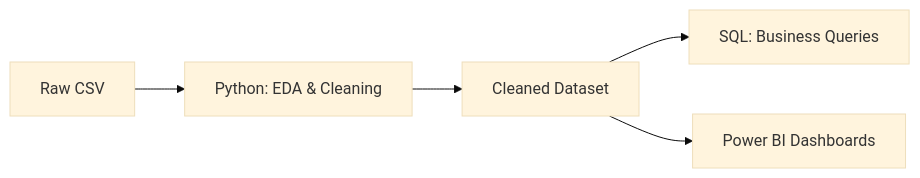
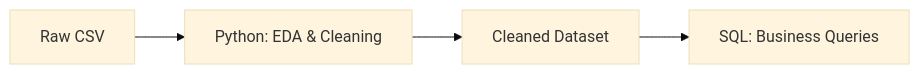
One commit to D1mZografos/airline-flights-analysis changed the diagram in README.md. Above: the diagram before and after it, drawn with Mermaid (base theme). The commit also changed other lines of this file, not shown here.

````diff
--- a/README.md
+++ b/README.md
@@ -62,7 +61,6 @@
 ```mermaid
 graph LR
   A[Raw CSV] --> B[Python: EDA & Cleaning]
   B --> C[Cleaned Dataset]
   C --> D[SQL: Business Queries]
-  C --> E[Power BI Dashboards]
 ```
````
